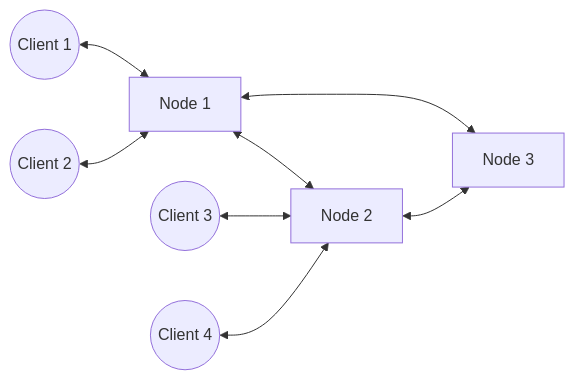
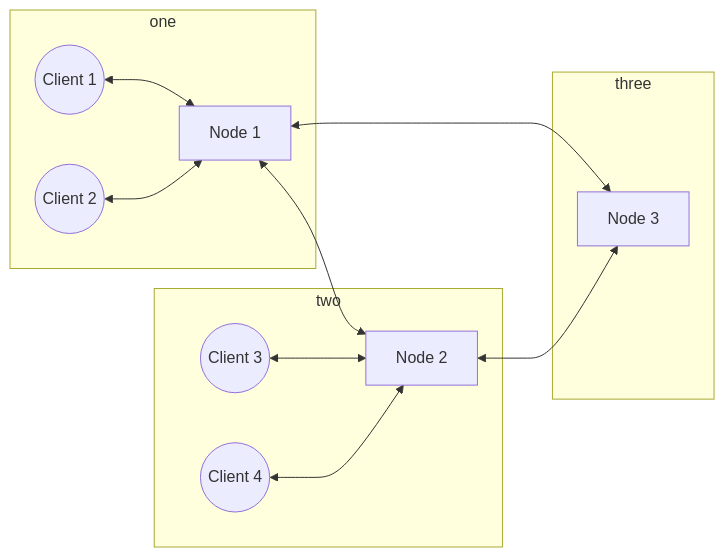
The diagram in README.md (niklas-enns/message-broker), drawn with Mermaid before and after one commit.

````diff
--- a/README.md
+++ b/README.md
@@ -11,11 +11,17 @@
 ```mermaid
 graph LR;
     N1[Node 1]<-->N2[Node 2]
     N1[Node 1]<-->N3[Node 3]
     N2<-->N3
+    subgraph one
     C1((Client 1))<-->N1;
     C2((Client 2))<-->N1;
+    end
+    subgraph two
     C3((Client 3))<-->N2;
     C4((Client 4))<-->N2;
+    end
+    subgraph three
     N3[Node 3]
+    end
 ```
````
